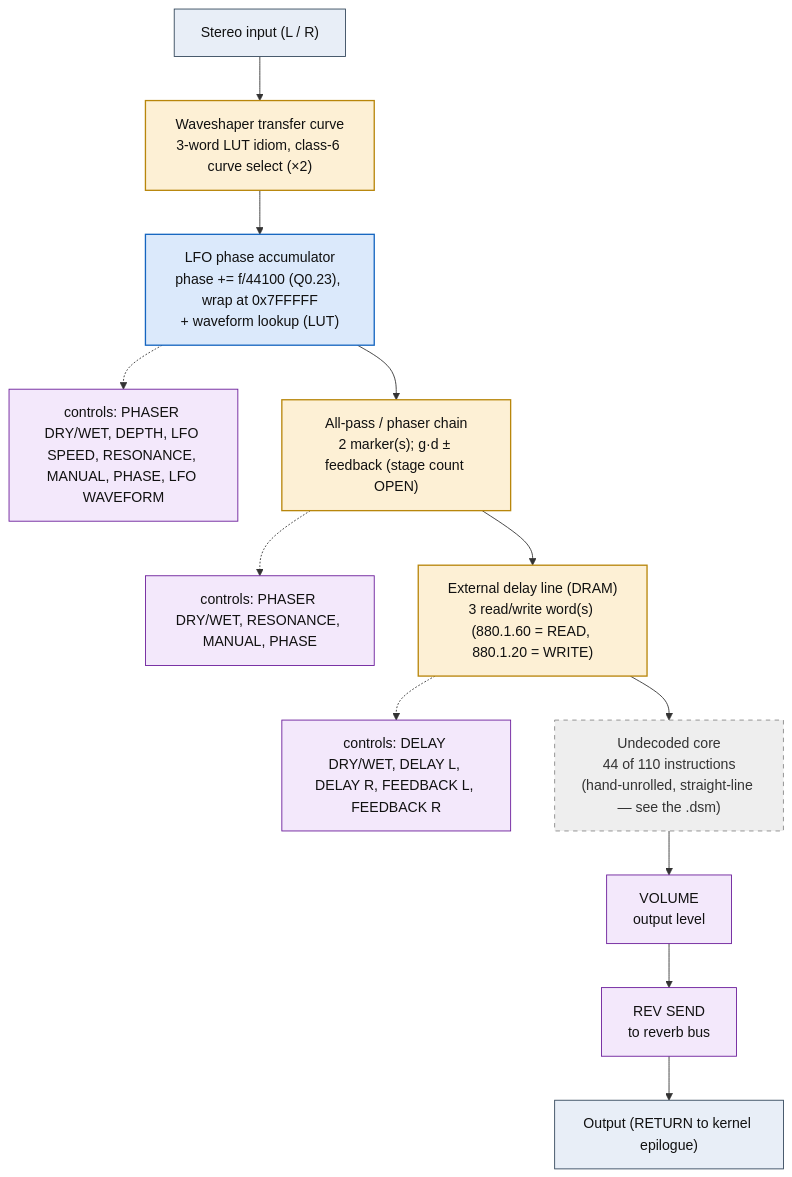
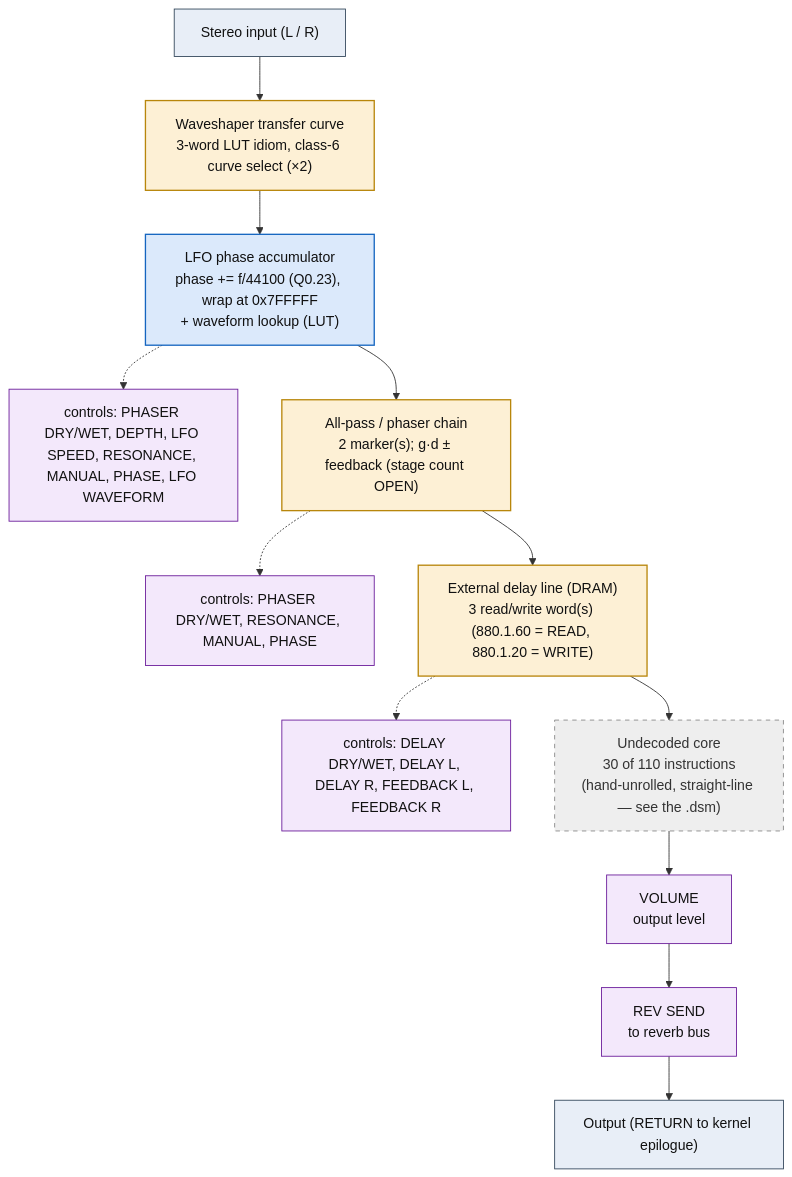
Before and after one commit to ArqueologiaDigital/kn5000-roms-disasm: the diagram in dsp/flowcharts/prog68_s_delay_phaser.md, drawn with Mermaid. The commit also changed other lines of this file and 78 other files, not shown here.

````diff
--- a/dsp/flowcharts/prog68_s_delay_phaser.md
+++ b/dsp/flowcharts/prog68_s_delay_phaser.md
@@ -12,38 +12,38 @@
 ```mermaid
 flowchart TD
     N0["Stereo input (L / R)"]
     N1["Waveshaper transfer curve<br/>3-word LUT idiom, class-6 curve select (&times;2)"]
     N0 --> N1
     N2["LFO phase accumulator<br/>phase += f/44100 (Q0.23), wrap at 0x7FFFFF<br/>+ waveform lookup (LUT)"]
     N1 --> N2
     N3["controls: PHASER DRY/WET, DEPTH, LFO SPEED, RESONANCE, MANUAL, PHASE, LFO WAVEFORM"]
     N2 -.-> N3
     N4["All-pass / phaser chain<br/>2 marker(s); g&middot;d &plusmn; feedback (stage count OPEN)"]
     N2 --> N4
     N5["controls: PHASER DRY/WET, RESONANCE, MANUAL, PHASE"]
     N4 -.-> N5
     N6["External delay line (DRAM)<br/>3 read/write word(s) (880.1.60 = READ, 880.1.20 = WRITE)"]
     N4 --> N6
     N7["controls: DELAY DRY/WET, DELAY L, DELAY R, FEEDBACK L, FEEDBACK R"]
     N6 -.-> N7
-    N8["Undecoded core<br/>44 of 110 instructions<br/>(hand-unrolled, straight-line &mdash; see the .dsm)"]
+    N8["Undecoded core<br/>30 of 110 instructions<br/>(hand-unrolled, straight-line &mdash; see the .dsm)"]
     N6 --> N8
     N9["VOLUME<br/>output level"]
     N8 --> N9
     N10["REV SEND<br/>to reverb bus"]
     N9 --> N10
     N11["Output (RETURN to kernel epilogue)"]
     N10 --> N11
 
     classDef io fill:#e8eef7,stroke:#33475b,stroke-width:1px,color:#111;
     classDef proven fill:#d7f0d7,stroke:#2e7d32,stroke-width:2px,color:#111;
     classDef measured fill:#dbe9fb,stroke:#1565c0,stroke-width:1.5px,color:#111;
     classDef inferred fill:#fdf0d5,stroke:#b8860b,stroke-width:1.5px,color:#111;
     classDef open fill:#eeeeee,stroke:#888,stroke-width:1px,color:#333,stroke-dasharray:5 5;
     classDef ctrl fill:#f3e8fb,stroke:#6a1b9a,stroke-width:1px,color:#111;
     class N0,N11 io;
     class N1,N4,N6 inferred;
     class N2 measured;
     class N3,N5,N7,N9,N10 ctrl;
     class N8 open;
 ```
````
